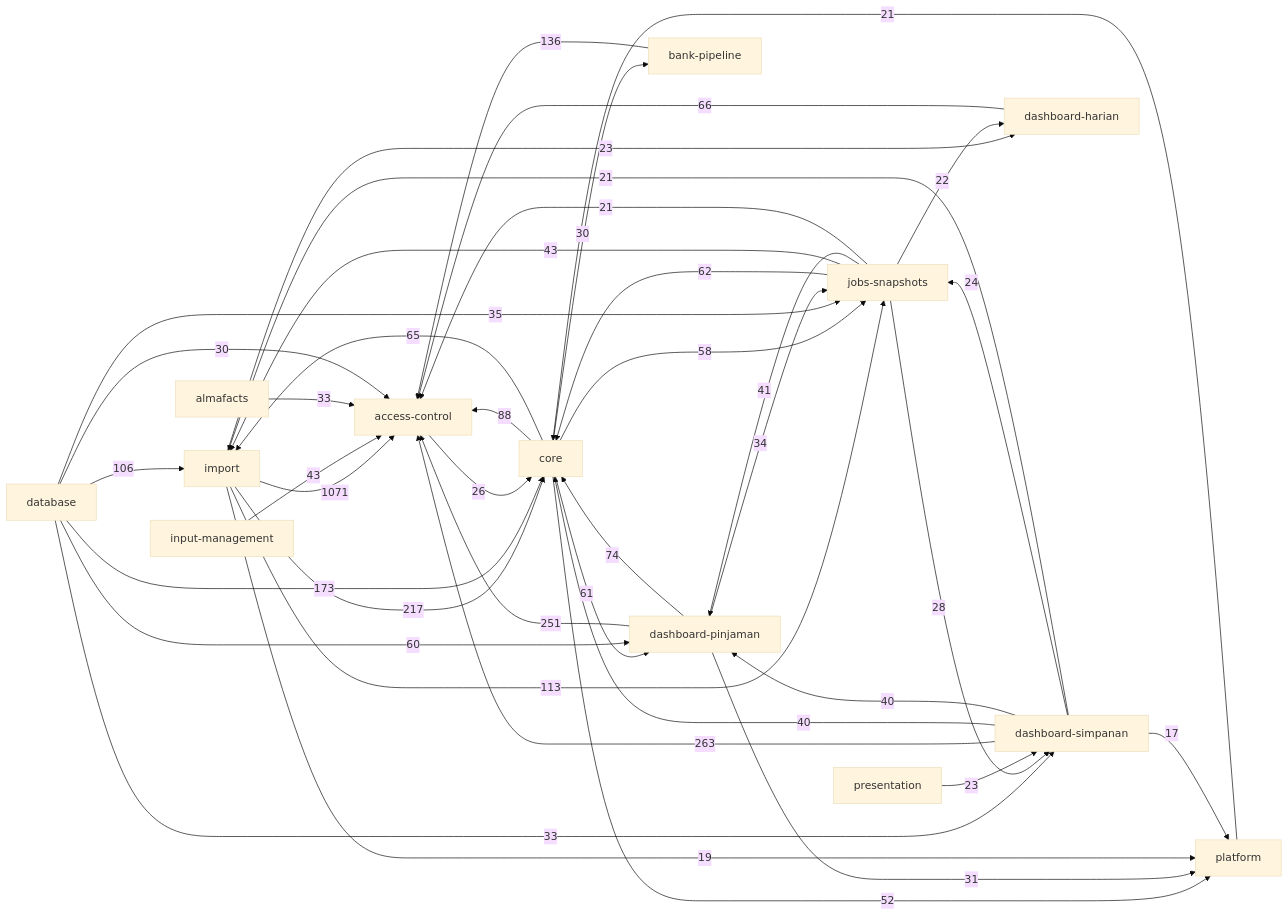
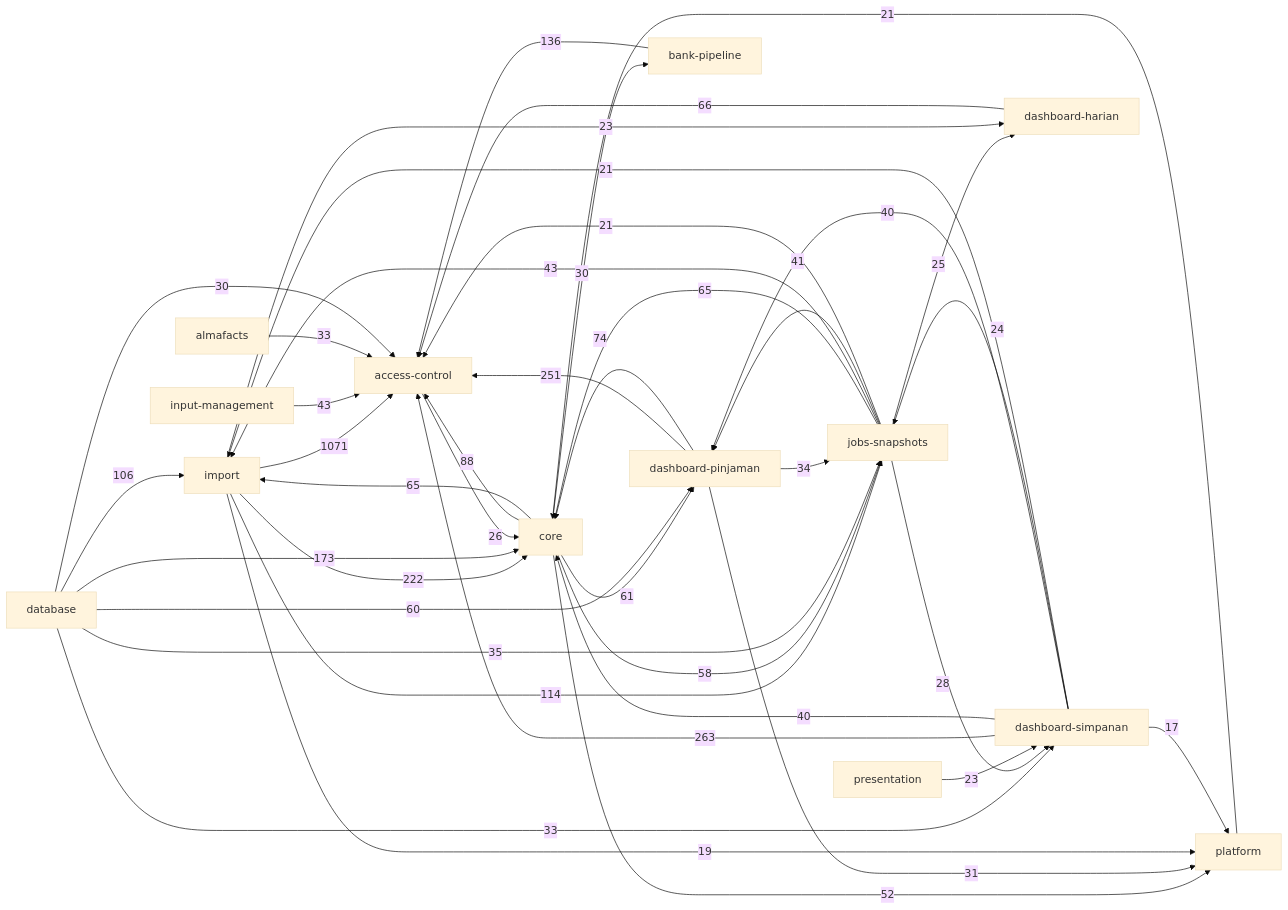
One commit to RizalloN/project-abah changed the diagram in docs/knowledge-graph/ARCHITECTURE.md. Above: the diagram before and after it, drawn with Mermaid (base theme). The commit also changed other lines of this file and 92 other files, not shown here.

````diff
--- a/docs/knowledge-graph/ARCHITECTURE.md
+++ b/docs/knowledge-graph/ARCHITECTURE.md
@@ -5,43 +5,43 @@
 ```mermaid
 flowchart LR
     d_d942f64886["import"] -->|1071| d_c393a69167["access-control"]
     d_90026ec21f["dashboard-simpanan"] -->|263| d_c393a69167["access-control"]
     d_c1933689a3["dashboard-pinjaman"] -->|251| d_c393a69167["access-control"]
-    d_d942f64886["import"] -->|217| d_0d45f5fd46["core"]
+    d_d942f64886["import"] -->|222| d_0d45f5fd46["core"]
     d_3549b0028b["database"] -->|173| d_0d45f5fd46["core"]
     d_39bcb775e4["bank-pipeline"] -->|136| d_c393a69167["access-control"]
-    d_d942f64886["import"] -->|113| d_7c16aa6a77["jobs-snapshots"]
+    d_d942f64886["import"] -->|114| d_7c16aa6a77["jobs-snapshots"]
     d_3549b0028b["database"] -->|106| d_d942f64886["import"]
     d_0d45f5fd46["core"] -->|88| d_c393a69167["access-control"]
     d_c1933689a3["dashboard-pinjaman"] -->|74| d_0d45f5fd46["core"]
     d_a0a49fdd98["dashboard-harian"] -->|66| d_c393a69167["access-control"]
+    d_7c16aa6a77["jobs-snapshots"] -->|65| d_0d45f5fd46["core"]
     d_0d45f5fd46["core"] -->|65| d_d942f64886["import"]
-    d_7c16aa6a77["jobs-snapshots"] -->|62| d_0d45f5fd46["core"]
     d_0d45f5fd46["core"] -->|61| d_c1933689a3["dashboard-pinjaman"]
     d_3549b0028b["database"] -->|60| d_c1933689a3["dashboard-pinjaman"]
     d_0d45f5fd46["core"] -->|58| d_7c16aa6a77["jobs-snapshots"]
     d_0d45f5fd46["core"] -->|52| d_d294fcce0c["platform"]
     d_7c16aa6a77["jobs-snapshots"] -->|43| d_d942f64886["import"]
     d_b70a9d941d["input-management"] -->|43| d_c393a69167["access-control"]
     d_7c16aa6a77["jobs-snapshots"] -->|41| d_c1933689a3["dashboard-pinjaman"]
     d_90026ec21f["dashboard-simpanan"] -->|40| d_0d45f5fd46["core"]
     d_90026ec21f["dashboard-simpanan"] -->|40| d_c1933689a3["dashboard-pinjaman"]
     d_3549b0028b["database"] -->|35| d_7c16aa6a77["jobs-snapshots"]
     d_c1933689a3["dashboard-pinjaman"] -->|34| d_7c16aa6a77["jobs-snapshots"]
     d_3549b0028b["database"] -->|33| d_90026ec21f["dashboard-simpanan"]
     d_b89824cc5a["almafacts"] -->|33| d_c393a69167["access-control"]
     d_c1933689a3["dashboard-pinjaman"] -->|31| d_d294fcce0c["platform"]
     d_3549b0028b["database"] -->|30| d_c393a69167["access-control"]
     d_0d45f5fd46["core"] -->|30| d_39bcb775e4["bank-pipeline"]
     d_7c16aa6a77["jobs-snapshots"] -->|28| d_90026ec21f["dashboard-simpanan"]
     d_c393a69167["access-control"] -->|26| d_0d45f5fd46["core"]
+    d_7c16aa6a77["jobs-snapshots"] -->|25| d_a0a49fdd98["dashboard-harian"]
     d_90026ec21f["dashboard-simpanan"] -->|24| d_7c16aa6a77["jobs-snapshots"]
     d_d942f64886["import"] -->|23| d_a0a49fdd98["dashboard-harian"]
     d_bfac314fef["presentation"] -->|23| d_90026ec21f["dashboard-simpanan"]
-    d_7c16aa6a77["jobs-snapshots"] -->|22| d_a0a49fdd98["dashboard-harian"]
     d_d294fcce0c["platform"] -->|21| d_0d45f5fd46["core"]
     d_90026ec21f["dashboard-simpanan"] -->|21| d_d942f64886["import"]
     d_7c16aa6a77["jobs-snapshots"] -->|21| d_c393a69167["access-control"]
     d_d942f64886["import"] -->|19| d_d294fcce0c["platform"]
     d_90026ec21f["dashboard-simpanan"] -->|17| d_d294fcce0c["platform"]
 ```
````
